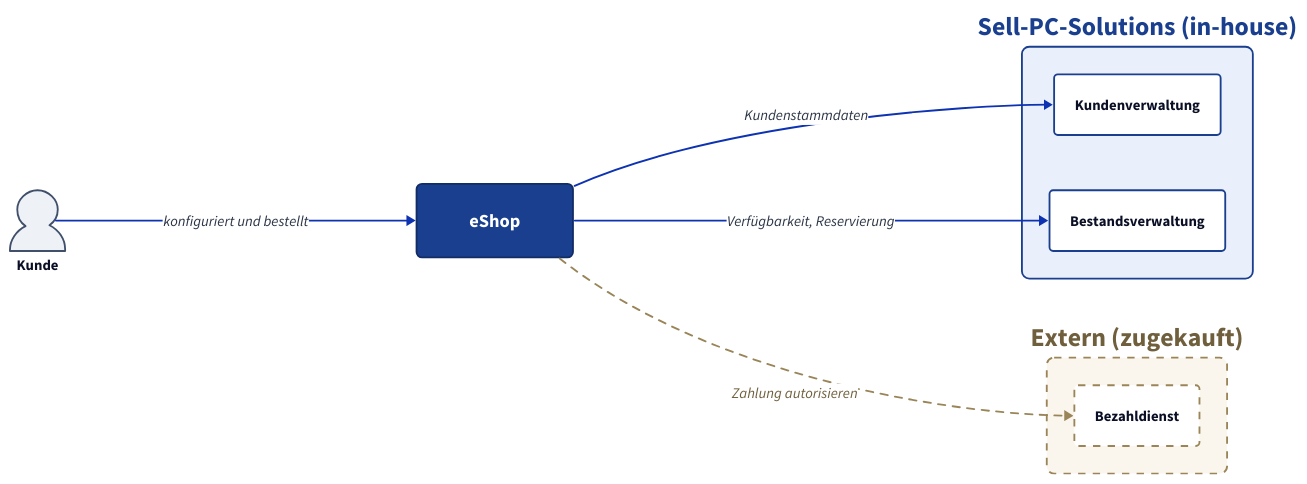
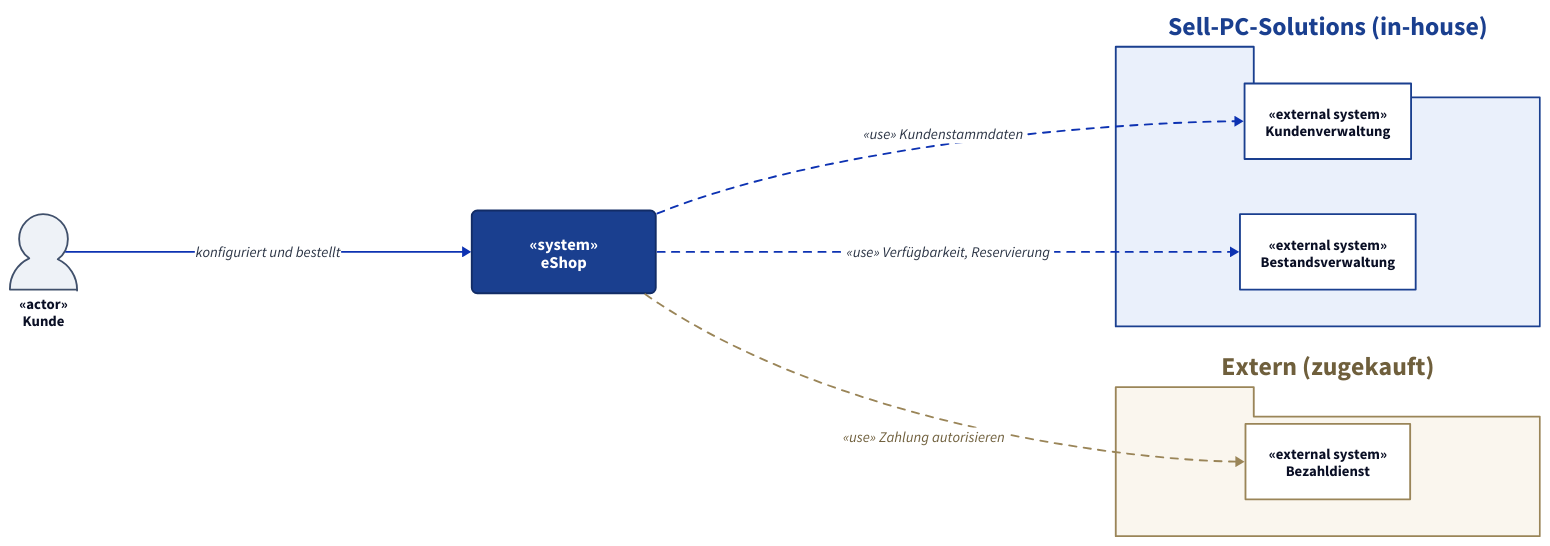
Before and after one commit to whiskey/arc42-schulung: the diagram in eshop/diagrams/03-kontext.d2, drawn with D2. The commit also changed 13 other files, not shown here.

First line of the commit message:
docs: switch diagrams to UML notation and animate the runtime view

```diff
--- a/eshop/diagrams/03-kontext.d2
+++ b/eshop/diagrams/03-kontext.d2
@@ -1,98 +1,90 @@
 # Fachlicher Kontext des eShop  --  arc42 Kapitel 3
 #
-# Rendern:
-#   d2 --theme 0 --pad 20 eshop/diagrams/03-kontext.d2 eshop/diagrams/03-kontext.svg
+# Notation: UML-Komponentendiagramm.
+#   «system»           das betrachtete System
+#   «external system»  Nachbarsystem ausserhalb des Betrachtungsgegenstands
+#   «actor»            menschlicher Benutzer
+#   Pakete             Eigentumsverhaeltnisse (in-house vs. zugekauft)
+#   gestrichelte Pfeile  UML-Abhaengigkeit (der eShop benutzt den Nachbarn)
 #
-# Die Nachbarn sind bewusst als Blackbox gezeichnet: für die Kontextabgrenzung
-# zählt nur, DASS der eShop mit ihnen fachlich austauscht, nicht wie sie innen
-# aufgebaut sind.
-#
-# Die Rahmen trennen die Eigentumsverhältnisse: die beiden Bestandssysteme
-# gehören Sell-PC-Solutions selbst und werden weiterbenutzt, der Bezahldienst
-# ist zugekauft und damit nicht beeinflussbar.
+# Rendern: siehe render.sh in diesem Verzeichnis.
 
 direction: right
 
-kunde: Kunde {
+kunde: "«actor»\nKunde" {
   shape: person
   style.fill: "#eef2f7"
   style.stroke: "#40506b"
 }
 
-eshop: eShop {
+eshop: "«system»\neShop" {
   shape: rectangle
-  width: 170
-  height: 80
+  width: 200
+  height: 90
   style: {
     fill: "#1a3f8f"
     stroke: "#122c66"
     stroke-width: 2
     font-color: "#ffffff"
-    font-size: 20
+    font-size: 18
     bold: true
     border-radius: 6
   }
 }
 
 inhouse: "Sell-PC-Solutions (in-house)" {
+  shape: package
   style: {
     fill: "#eaf0fb"
     stroke: "#1a3f8f"
     stroke-width: 2
-    border-radius: 8
     font-color: "#1a3f8f"
     bold: true
   }
 
-  kundenverwaltung: Kundenverwaltung {
-    shape: rectangle
+  kundenverwaltung: "«external system»\nKundenverwaltung" {
     style.fill: "#ffffff"
     style.stroke: "#1a3f8f"
     style.stroke-width: 2
-    style.border-radius: 4
   }
 
-  bestandsverwaltung: Bestandsverwaltung {
-    shape: rectangle
+  bestandsverwaltung: "«external system»\nBestandsverwaltung" {
     style.fill: "#ffffff"
     style.stroke: "#1a3f8f"
     style.stroke-width: 2
-    style.border-radius: 4
   }
 }
 
 extern: "Extern (zugekauft)" {
+  shape: package
   style: {
     fill: "#faf6ee"
     stroke: "#9a8558"
     stroke-width: 2
-    stroke-dash: 4
-    border-radius: 8
     font-color: "#6f5f3c"
     bold: true
   }
 
-  bezahldienst: Bezahldienst {
-    shape: rectangle
+  bezahldienst: "«external system»\nBezahldienst" {
     style.fill: "#ffffff"
     style.stroke: "#9a8558"
     style.stroke-width: 2
-    style.stroke-dash: 4
-    style.border-radius: 4
   }
 }
 
-kunde -> eshop: konfiguriert und bestellt {
+kunde -> eshop: "konfiguriert und bestellt" {
   style.font-color: "#2b3445"
 }
-eshop -> inhouse.kundenverwaltung: Kundenstammdaten {
+eshop -> inhouse.kundenverwaltung: "«use» Kundenstammdaten" {
+  style.stroke-dash: 4
   style.font-color: "#2b3445"
 }
-eshop -> inhouse.bestandsverwaltung: Verfügbarkeit, Reservierung {
+eshop -> inhouse.bestandsverwaltung: "«use» Verfügbarkeit, Reservierung" {
+  style.stroke-dash: 4
   style.font-color: "#2b3445"
 }
-eshop -> extern.bezahldienst: Zahlung autorisieren {
+eshop -> extern.bezahldienst: "«use» Zahlung autorisieren" {
+  style.stroke-dash: 4
+  style.stroke: "#9a8558"
   style.font-color: "#6f5f3c"
-  style.stroke: "#9a8558"
-  style.stroke-dash: 4
 }
```
